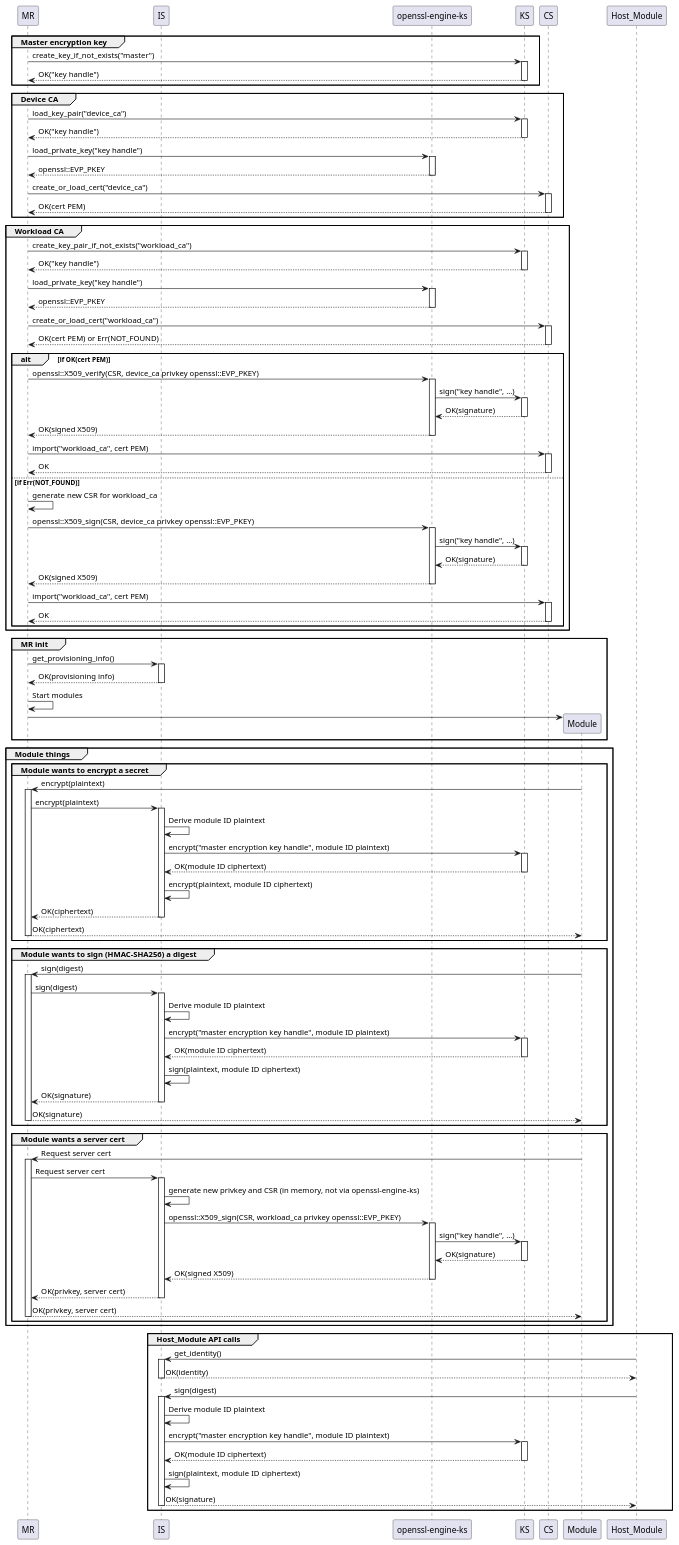
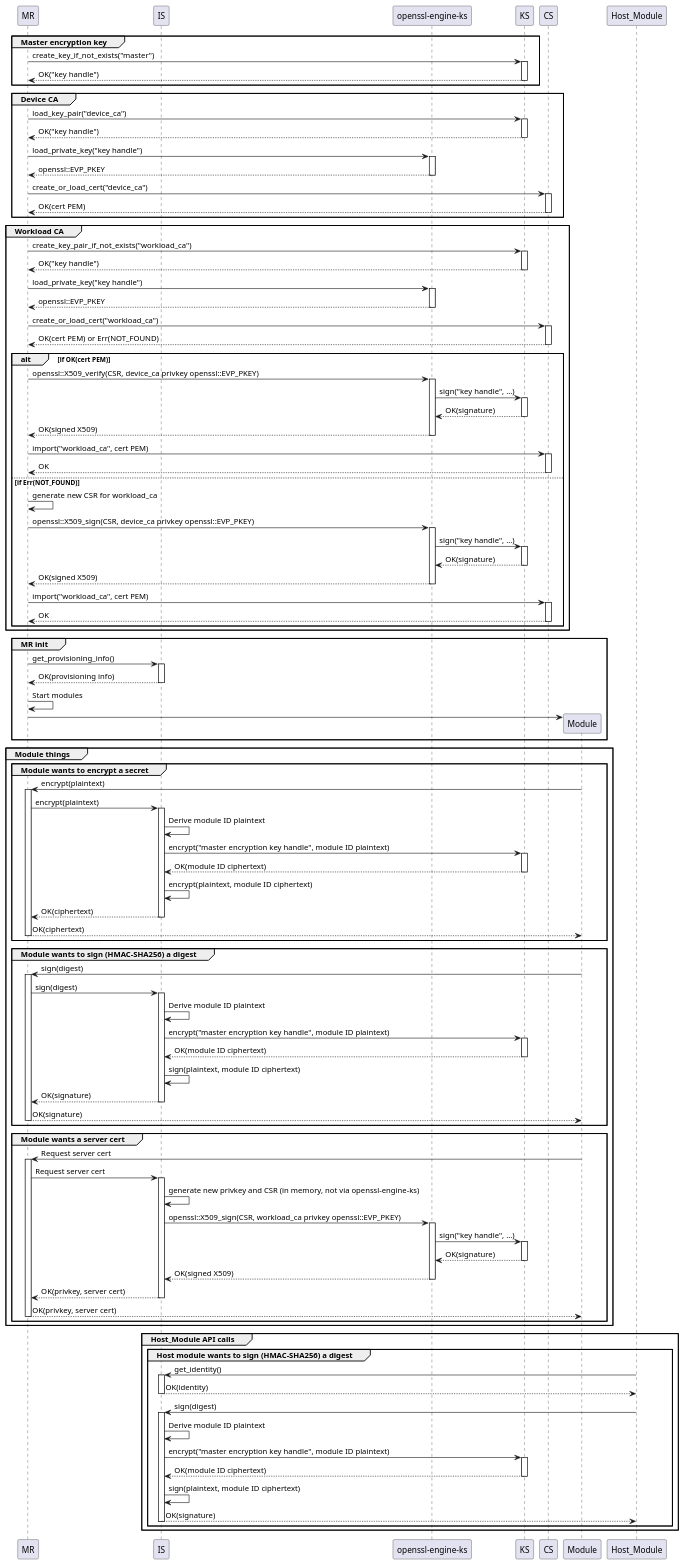
Before and after one commit to massand/edgev2: the diagram in operation-mr-deviceca.plantuml, drawn with PlantUML. The commit also changed 2 other files, not shown here.

```diff
--- a/operation-mr-deviceca.plantuml
+++ b/operation-mr-deviceca.plantuml
@@ -1,110 +1,112 @@
 @startuml
 
 
 participant MR
 participant IS
 participant "openssl-engine-ks"
 participant KS
 participant CS
 participant Module
 participant Host_Module
 
 
 group Master encryption key
 	MR -> KS ++: create_key_if_not_exists("master")
 	return OK("key handle")
 end
 
 group Device CA
 	MR -> KS ++: load_key_pair("device_ca")
 	return OK("key handle")
 	MR -> "openssl-engine-ks" ++: load_private_key("key handle")
 	return openssl::EVP_PKEY
 	MR -> CS ++: create_or_load_cert("device_ca")
 	return OK(cert PEM)
 end
 
 group Workload CA
 	MR -> KS ++: create_key_pair_if_not_exists("workload_ca")
 	return OK("key handle")
 	MR -> "openssl-engine-ks" ++: load_private_key("key handle")
 	return openssl::EVP_PKEY
 	MR -> CS ++: create_or_load_cert("workload_ca")
 	return OK(cert PEM) or Err(NOT_FOUND)
 
 	alt if OK(cert PEM)
 		MR -> "openssl-engine-ks" ++: openssl::X509_verify(CSR, device_ca privkey openssl::EVP_PKEY)
 		"openssl-engine-ks" -> KS ++: sign("key handle", ...)
 		return OK(signature)
 		return OK(signed X509)
 		MR -> CS ++: import("workload_ca", cert PEM)
 		return OK
 
 	else if Err(NOT_FOUND)
 		MR -> MR: generate new CSR for workload_ca
 		MR -> "openssl-engine-ks" ++: openssl::X509_sign(CSR, device_ca privkey openssl::EVP_PKEY)
 		"openssl-engine-ks" -> KS ++: sign("key handle", ...)
 		return OK(signature)
 		return OK(signed X509)
 		MR -> CS ++: import("workload_ca", cert PEM)
 		return OK
 	end
 end
 
 group MR init
 	MR -> IS ++: get_provisioning_info()
 	return OK(provisioning info)
 
 	MR -> MR: Start modules
 	MR -> Module **
 end
 
 group Module things
 	group Module wants to encrypt a secret
 		Module -> MR ++: encrypt(plaintext)
 		MR -> IS ++: encrypt(plaintext)
 		IS -> IS: Derive module ID plaintext
 		IS -> KS ++: encrypt("master encryption key handle", module ID plaintext)
 		return OK(module ID ciphertext)
 		IS -> IS: encrypt(plaintext, module ID ciphertext)
 		return OK(ciphertext)
 		return OK(ciphertext)
 	end
 
 	group Module wants to sign (HMAC-SHA256) a digest
 		Module -> MR ++: sign(digest)
 		MR -> IS ++: sign(digest)
 		IS -> IS: Derive module ID plaintext
 		IS -> KS ++: encrypt("master encryption key handle", module ID plaintext)
 		return OK(module ID ciphertext)
 		IS -> IS: sign(plaintext, module ID ciphertext)
 		return OK(signature)
 		return OK(signature)
 	end
 
 	group Module wants a server cert
 		Module -> MR ++: Request server cert
 		MR -> IS ++: Request server cert
 		IS -> IS: generate new privkey and CSR (in memory, not via openssl-engine-ks)
 		IS -> "openssl-engine-ks" ++: openssl::X509_sign(CSR, workload_ca privkey openssl::EVP_PKEY)
 		"openssl-engine-ks" -> KS ++: sign("key handle", ...)
 		return OK(signature)
 		return OK(signed X509)	
 		return OK(privkey, server cert)
 		return OK(privkey, server cert)
 	end
 end
 
 group Host_Module API calls
+	group Host module wants to sign (HMAC-SHA256) a digest
 		Host_Module -> IS ++: get_identity()
 		return OK(identity)
 		Host_Module -> IS ++: sign(digest)
 		IS -> IS: Derive module ID plaintext
 		IS -> KS ++: encrypt("master encryption key handle", module ID plaintext)
 		return OK(module ID ciphertext)
 		IS -> IS: sign(plaintext, module ID ciphertext)
 		return OK(signature)
+	end
 end
 
 
 @enduml
```
